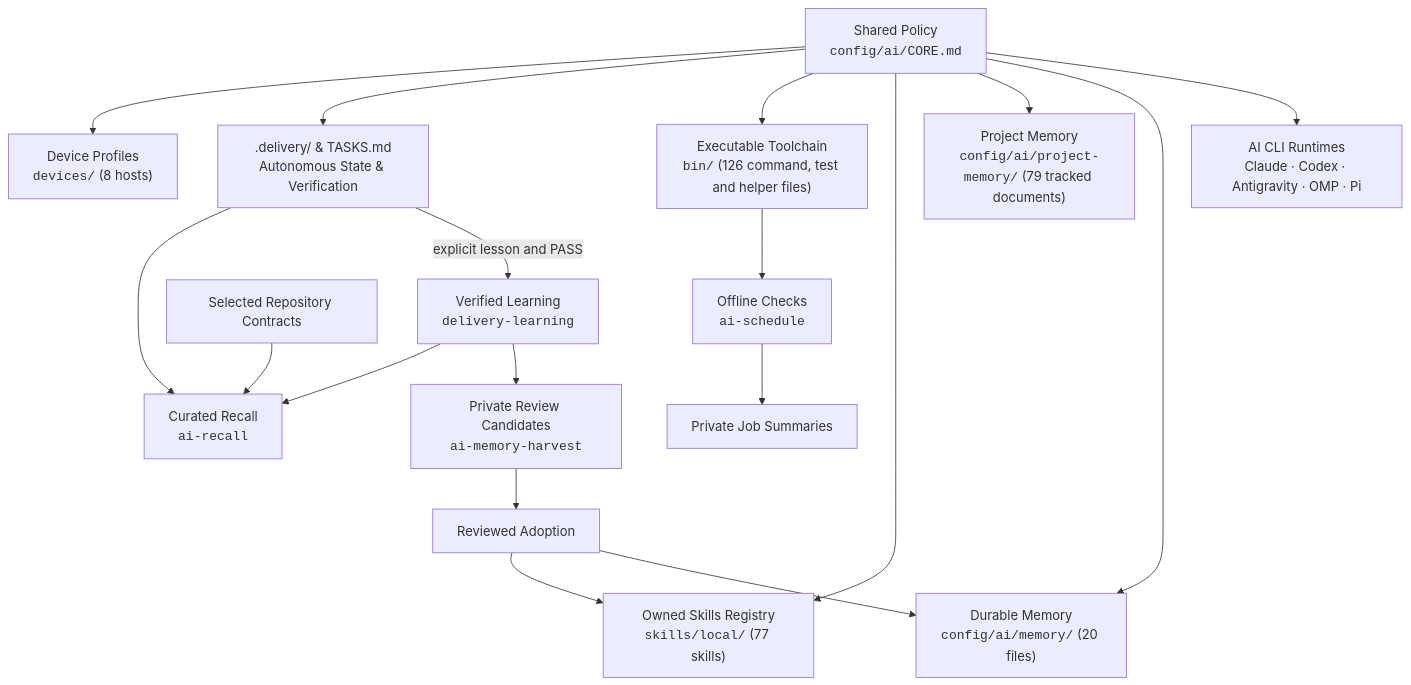
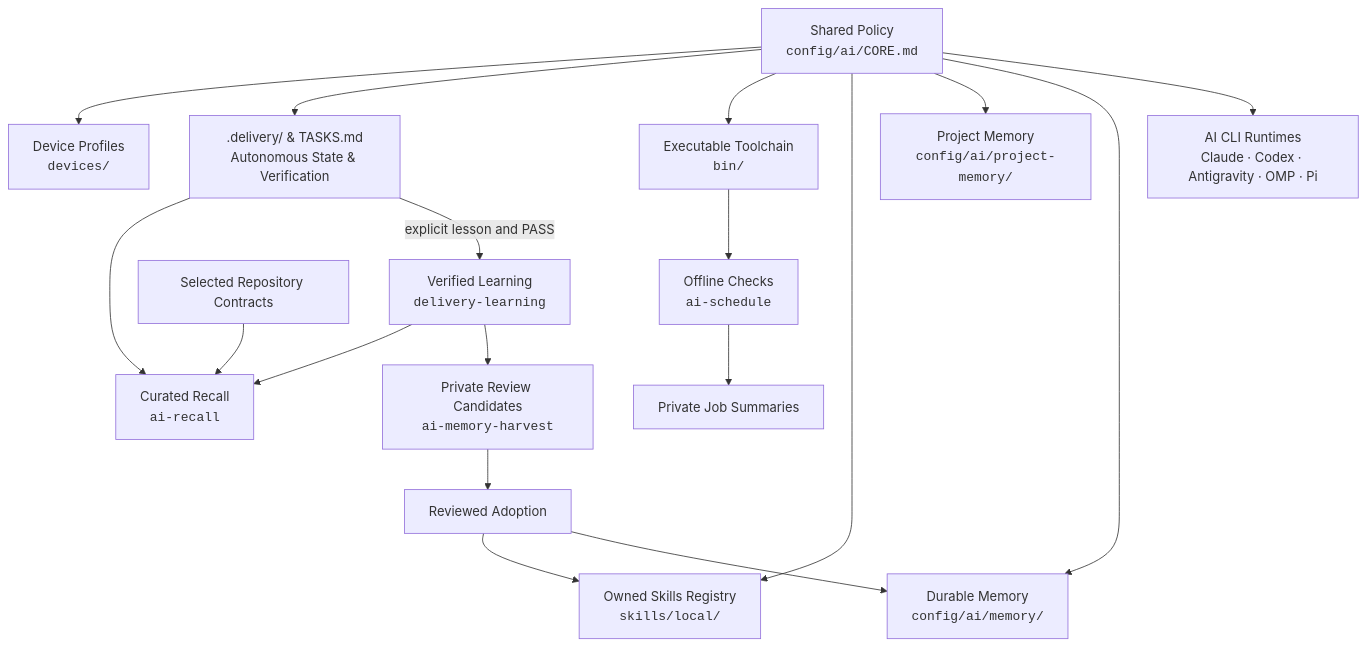
The diagram in docs/DOTFILES_SITEMAP.md (ongkipro/dotfiles), drawn with Mermaid before and after one commit. The commit also changed other lines of this file and 11 other files, not shown here.

````diff
--- a/docs/DOTFILES_SITEMAP.md
+++ b/docs/DOTFILES_SITEMAP.md
@@ -12,20 +12,20 @@
 ```mermaid
 graph TD
     Kernel["Shared Policy<br/><code>config/ai/CORE.md</code>"] --> Runtimes["AI CLI Runtimes<br/>Claude · Codex · Antigravity · OMP · Pi"]
-    Kernel --> Memory["Durable Memory<br/><code>config/ai/memory/</code> (20 files)"]
-    Kernel --> ProjectMemory["Project Memory<br/><code>config/ai/project-memory/</code> (79 tracked documents)"]
-    Kernel --> Skills["Owned Skills Registry<br/><code>skills/local/</code> (77 skills)"]
-    Kernel --> Bin["Executable Toolchain<br/><code>bin/</code> (126 command, test and helper files)"]
+    Kernel --> Memory["Durable Memory<br/><code>config/ai/memory/</code>"]
+    Kernel --> ProjectMemory["Project Memory<br/><code>config/ai/project-memory/</code>"]
+    Kernel --> Skills["Owned Skills Registry<br/><code>skills/local/</code>"]
+    Kernel --> Bin["Executable Toolchain<br/><code>bin/</code>"]
     Kernel --> Ledger[".delivery/ & TASKS.md<br/>Autonomous State & Verification"]
-    Kernel --> Devices["Device Profiles<br/><code>devices/</code> (8 hosts)"]
+    Kernel --> Devices["Device Profiles<br/><code>devices/</code>"]
     Ledger -->|"explicit lesson and PASS"| Learning["Verified Learning<br/><code>delivery-learning</code>"]
     Learning --> Candidates["Private Review Candidates<br/><code>ai-memory-harvest</code>"]
     Candidates --> Review["Reviewed Adoption"]
     Review --> Memory
     Review --> Skills
     Contracts["Selected Repository Contracts"] --> Recall["Curated Recall<br/><code>ai-recall</code>"]
     Ledger --> Recall
     Learning --> Recall
     Bin --> Schedule["Offline Checks<br/><code>ai-schedule</code>"]
     Schedule --> Reports["Private Job Summaries"]
 ```
````
